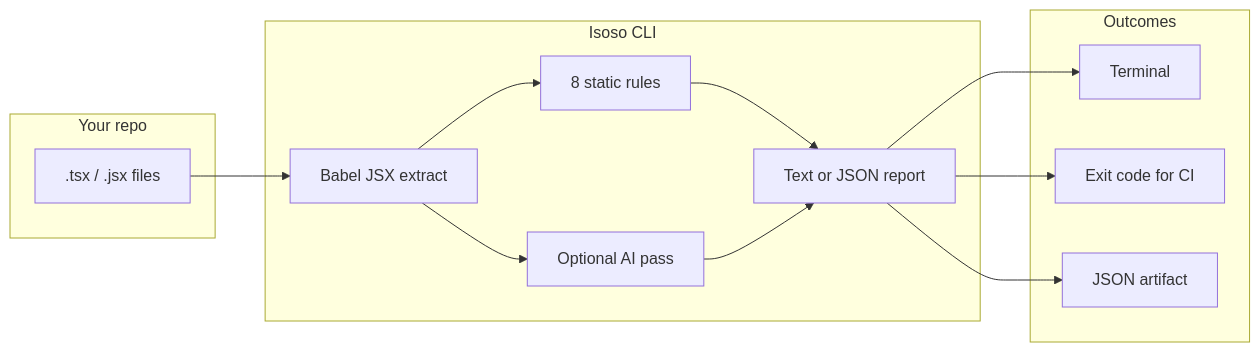
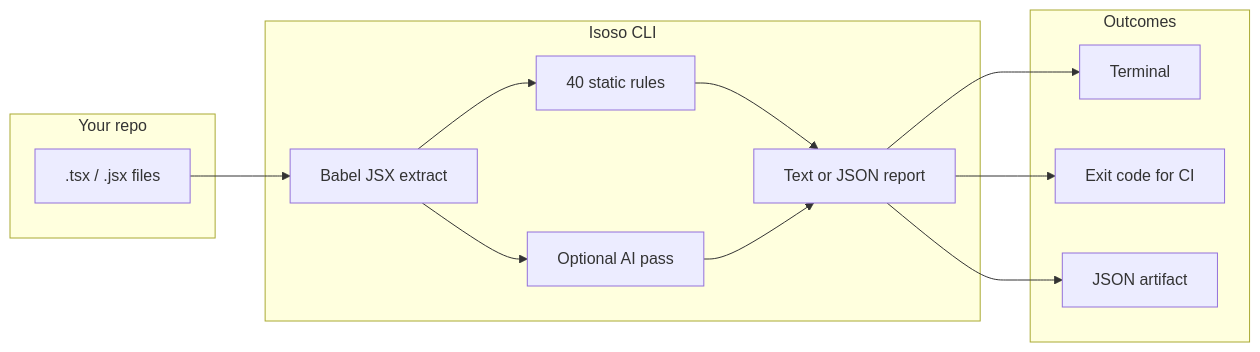
Before and after one commit to isoso-dev/isoso: the diagram in README.md, drawn with Mermaid. The commit also changed other lines of this file and 5 other files, not shown here.

````diff
--- a/README.md
+++ b/README.md
@@ -44,25 +44,25 @@
 ```mermaid
 flowchart LR
   subgraph input [Your repo]
     JSX[.tsx / .jsx files]
   end
   subgraph isoso [Isoso CLI]
     Parse[Babel JSX extract]
-    Static[8 static rules]
+    Static[40 static rules]
     AI[Optional AI pass]
     Report[Text or JSON report]
   end
   subgraph output [Outcomes]
     Term[Terminal]
     CI[Exit code for CI]
     Artifact[JSON artifact]
   end
   JSX --> Parse
   Parse --> Static
   Parse --> AI
   Static --> Report
   AI --> Report
   Report --> Term
   Report --> CI
   Report --> Artifact
 ```
````
